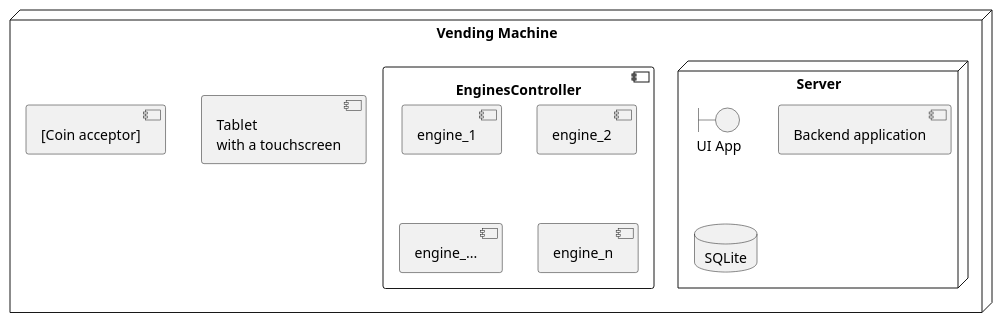
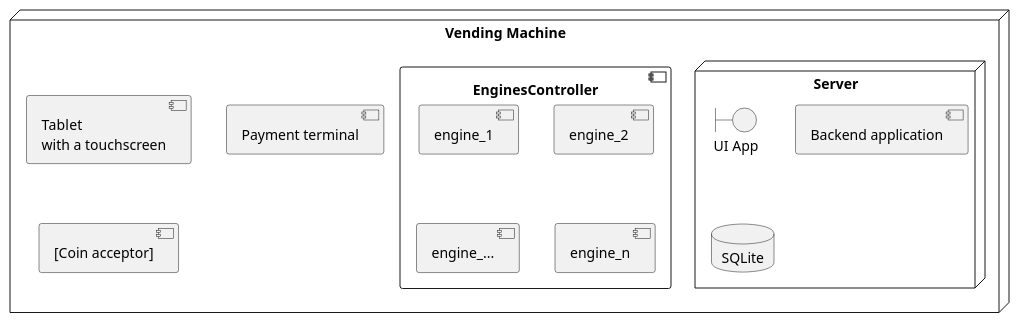
One commit to Enforcer/testing-training changed the diagram in diagrams/deployment.puml. Above: the diagram before and after it, drawn with PlantUML.

Commit message:
Fix component name for coin acceptor

```diff
--- a/diagrams/deployment.puml
+++ b/diagrams/deployment.puml
@@ -1,18 +1,18 @@
 @startuml
 node VM as "Vending Machine" {
     component "Tablet\nwith a touchscreen" as tablet
     node "Server" as server {
         boundary "UI App" as ui
         component "Backend application"
         database "SQLite" as db
     }
     component "Payment terminal" as terminal
-    component "[Coin acceptor]" as terminal
+    component "[Coin acceptor]" as coinacceptor
     component EnginesController as engines {
         component engine_1
         component engine_2
         component engine_...
         component engine_n
     }
 }
 @enduml
```
